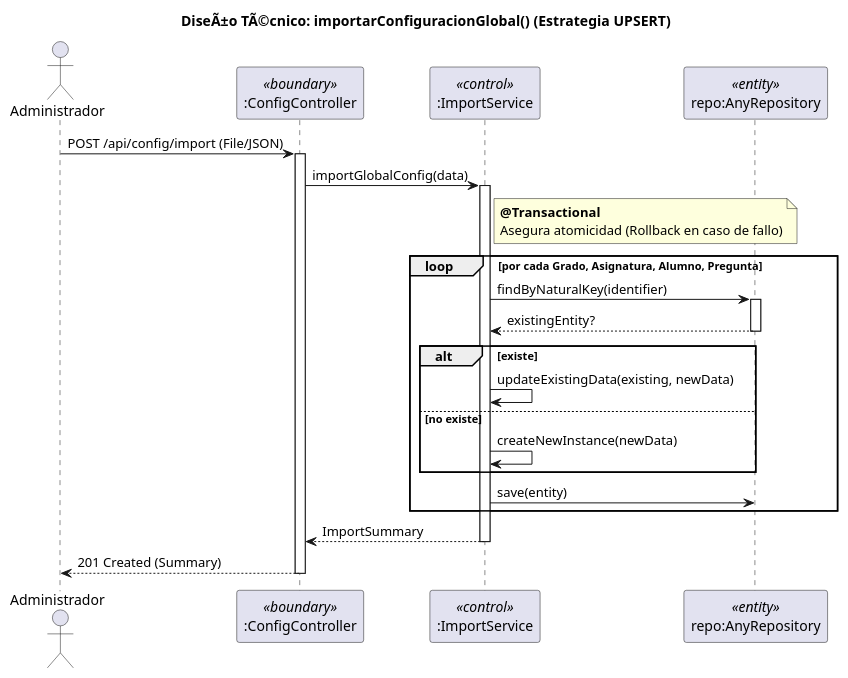
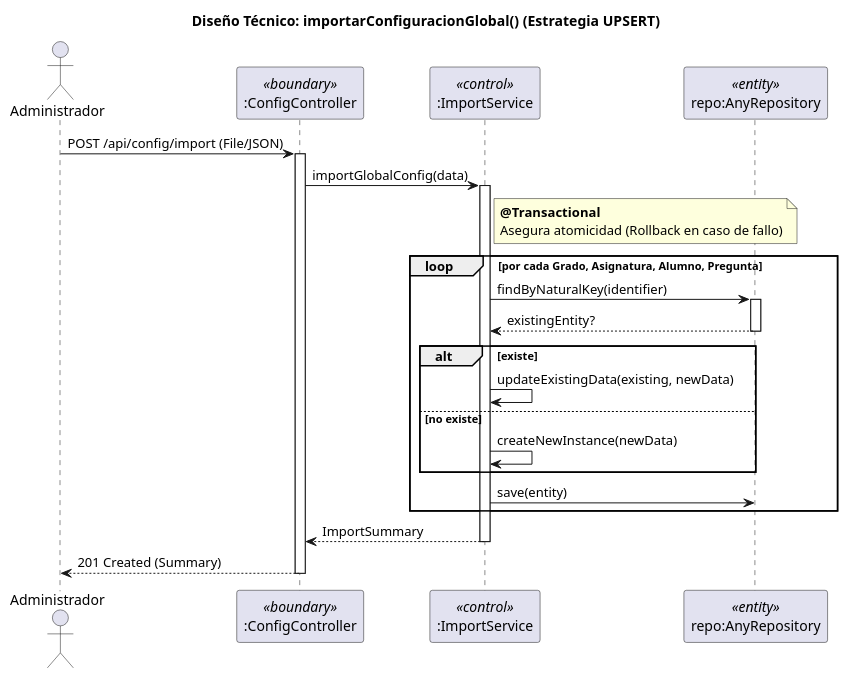
The second of 2 diagrams in RUP/01-analisis/casos-uso/CU-03-importarConfiguracionGlobal/README.md (liamanderson873/25-26-idsw2-sdVC), drawn with PlantUML before and after one commit. The commit also changed other lines of this file and 41 other files, not shown here.

````diff
--- a/RUP/01-analisis/casos-uso/CU-03-importarConfiguracionGlobal/README.md
+++ b/RUP/01-analisis/casos-uso/CU-03-importarConfiguracionGlobal/README.md
@@ -105,46 +105,46 @@
 ```plantuml
 @startuml CU-03-importarConfiguracionGlobal-diseno
 
 skinparam linetype polyline
 
 actor "Administrador" as Actor
 participant ":ConfigController" as Controller <<boundary>>
 participant ":ImportService" as Service <<control>>
 participant "repo:AnyRepository" as Repo <<entity>>
 
-title DiseÃ±o TÃ©cnico: importarConfiguracionGlobal() (Estrategia UPSERT)
+title Diseño Técnico: importarConfiguracionGlobal() (Estrategia UPSERT)
 
 Actor -> Controller : POST /api/config/import (File/JSON)
 activate Controller
 
 Controller -> Service : importGlobalConfig(data)
 activate Service
 
 note right of Service
 **@Transactional**
 Asegura atomicidad (Rollback en caso de fallo)
 end note
 
 loop por cada Grado, Asignatura, Alumno, Pregunta
     Service -> Repo : findByNaturalKey(identifier)
     activate Repo
     Repo --> Service : existingEntity?
     deactivate Repo
     
     alt existe
         Service -> Service : updateExistingData(existing, newData)
     else no existe
         Service -> Service : createNewInstance(newData)
     end
     
     Service -> Repo : save(entity)
 end
 
 Service --> Controller : ImportSummary
 deactivate Service
 
 Controller --> Actor : 201 Created (Summary)
 deactivate Controller
 
 @enduml
 ```
````
